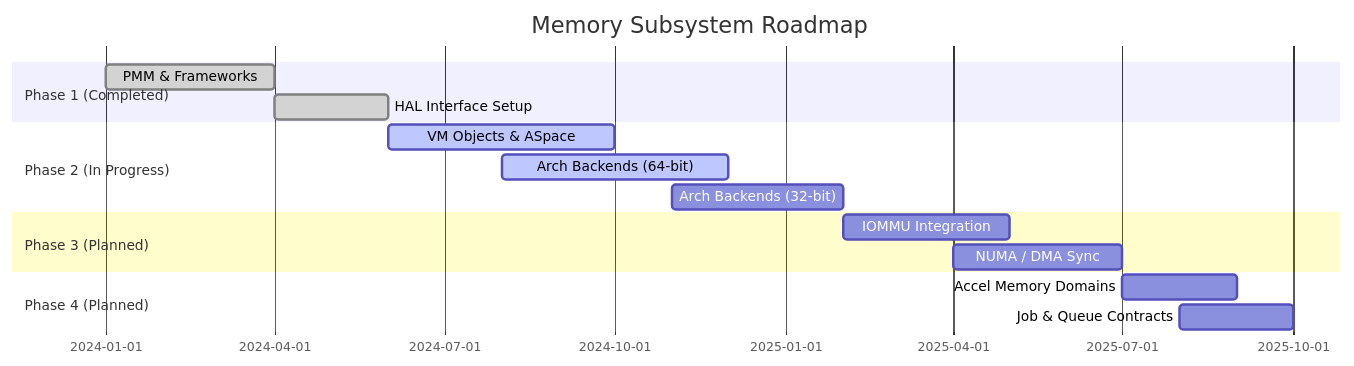
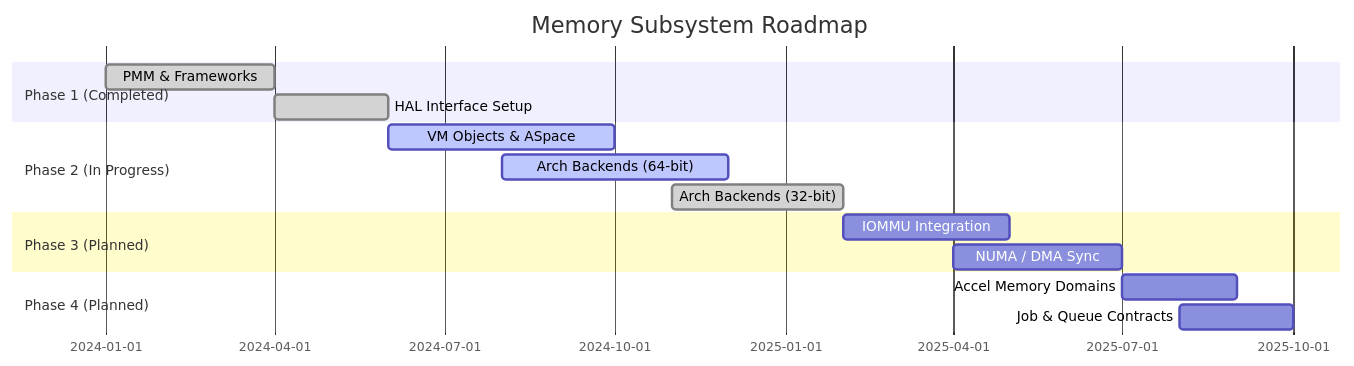
The second of 2 diagrams in docs/architecture/memory/roadmap.md (CloudCarpentry/Bharat-OS), drawn with Mermaid before and after one commit. The commit also changed other lines of this file and 6 other files, not shown here.

First line of the commit message:
docs: consolidate multikernel memory architecture documentation

````diff
--- a/docs/architecture/memory/roadmap.md
+++ b/docs/architecture/memory/roadmap.md
@@ -76,18 +76,18 @@
 ```mermaid
 gantt
     title Memory Subsystem Roadmap
     dateFormat YYYY-MM-DD
     section Phase 1 (Completed)
     PMM & Frameworks      :done,    des1, 2024-01-01, 2024-04-01
     HAL Interface Setup   :done,    des2, 2024-04-01, 2024-06-01
     section Phase 2 (In Progress)
     VM Objects & ASpace   :active,  des3, 2024-06-01, 2024-10-01
     Arch Backends (64-bit):active,  des4, 2024-08-01, 2024-12-01
-    Arch Backends (32-bit):         des5, 2024-11-01, 2025-02-01
+    Arch Backends (32-bit):done,    des5, 2024-11-01, 2025-02-01
     section Phase 3 (Planned)
     IOMMU Integration     :         des6, 2025-02-01, 2025-05-01
     NUMA / DMA Sync       :         des7, 2025-04-01, 2025-07-01
     section Phase 4 (Planned)
     Accel Memory Domains  :         des8, 2025-07-01, 2025-09-01
     Job & Queue Contracts :         des9, 2025-08-01, 2025-10-01
 ```
````
